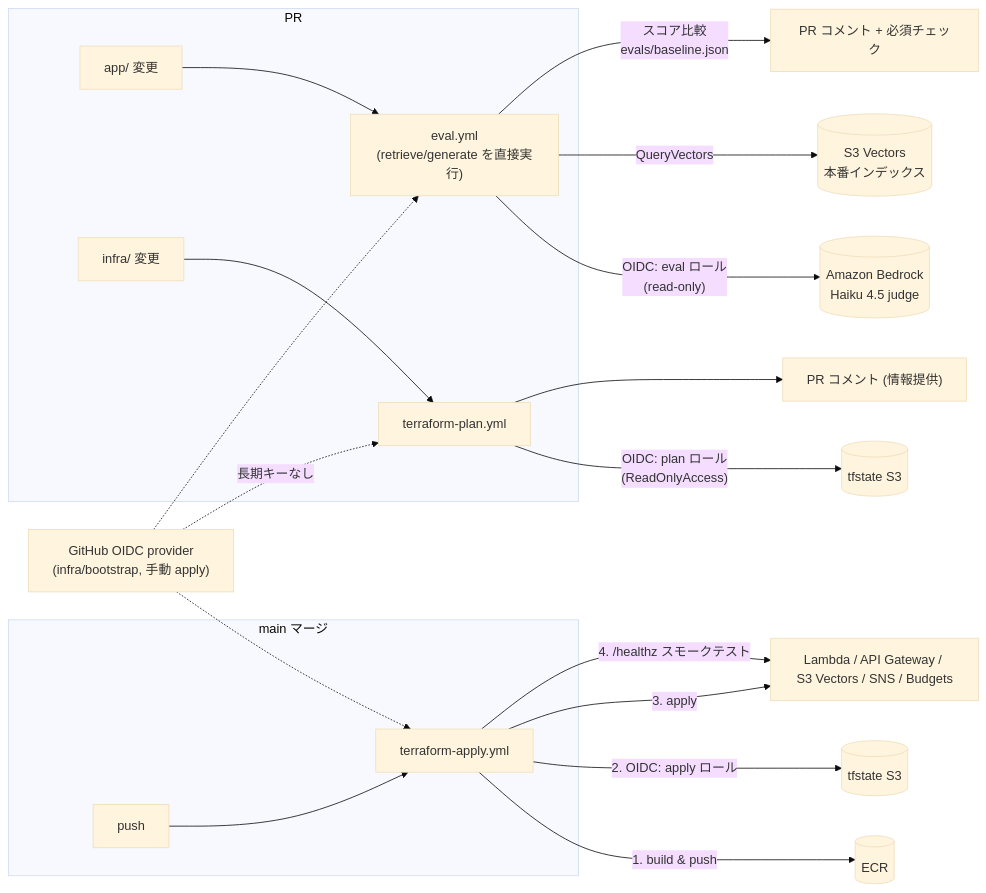
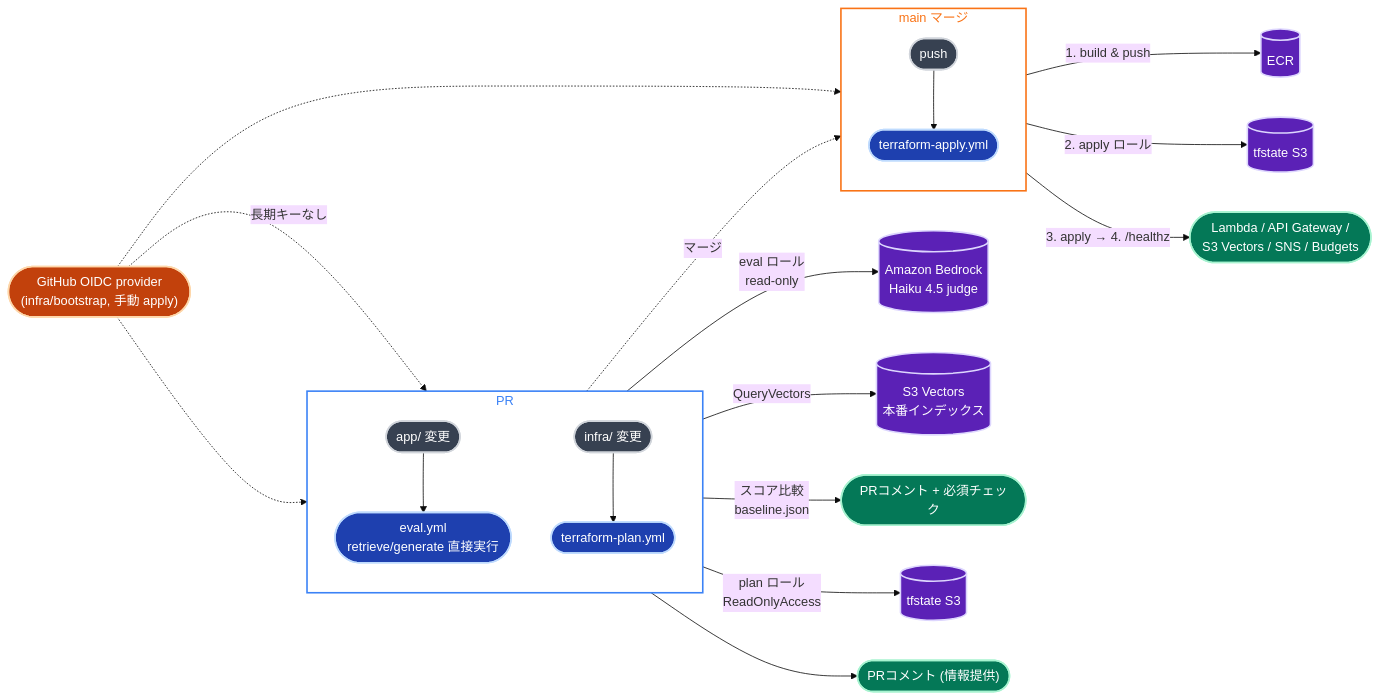
One commit to yasaims/LLMOps-RAG changed the third of 3 diagrams in docs/architecture.md. Above: the diagram before and after it, drawn with Mermaid (base theme). The commit also changed other lines of this file, not shown here.

Commit message:
Fix arch diagrams; rewrote with skill

````diff
--- a/docs/architecture.md
+++ b/docs/architecture.md
@@ -54,26 +86,40 @@
 ```mermaid
 flowchart LR
+    classDef trigger fill:#374151,stroke:#d1d5db,stroke-width:2px,color:#fff
+    classDef workflow fill:#1e40af,stroke:#bfdbfe,stroke-width:2px,color:#fff
+    classDef aws fill:#5b21b6,stroke:#ddd6fe,stroke-width:2px,color:#fff
+    classDef output fill:#047857,stroke:#a7f3d0,stroke-width:2px,color:#fff
+    classDef auth fill:#c2410c,stroke:#fed7aa,stroke-width:2px,color:#fff
+
     subgraph pr["PR"]
-        prcode["app/ 変更"] --> evalw["eval.yml\n(retrieve/generate を直接実行)"]
-        prinfra["infra/ 変更"] --> planw["terraform-plan.yml"]
+        direction TB
+        prcode(["app/ 変更"]):::trigger --> evalw(["eval.yml<br/>retrieve/generate 直接実行"]):::workflow
+        prinfra(["infra/ 変更"]):::trigger --> planw(["terraform-plan.yml"]):::workflow
     end
 
-    evalw -->|"OIDC: eval ロール\n(read-only)"| bedrockE[("Amazon Bedrock\nHaiku 4.5 judge")]
-    evalw -->|"QueryVectors"| s3vE[("S3 Vectors\n本番インデックス")]
-    evalw -->|"スコア比較\nevals/baseline.json"| ghcomment1["PR コメント + 必須チェック"]
-
-    planw -->|"OIDC: plan ロール\n(ReadOnlyAccess)"| tfstate1[("tfstate S3")]
-    planw --> ghcomment2["PR コメント (情報提供)"]
+    pr -.->|"マージ"| main
 
     subgraph main["main マージ"]
-        push["push"] --> applyw["terraform-apply.yml"]
+        direction TB
+        push(["push"]):::trigger --> applyw(["terraform-apply.yml"]):::workflow
     end
-    applyw -->|"1. build & push"| ecr[("ECR")]
-    applyw -->|"2. OIDC: apply ロール"| tfstate2[("tfstate S3")]
-    applyw -->|"3. apply"| stack["Lambda / API Gateway / S3 Vectors / SNS / Budgets"]
-    applyw -->|"4. /healthz スモークテスト"| stack
 
-    oidc["GitHub OIDC provider\n(infra/bootstrap, 手動 apply)"] -.->|"長期キーなし"| planw
+    oidc(["GitHub OIDC provider<br/>(infra/bootstrap, 手動 apply)"]):::auth
+    oidc -.->|"長期キーなし"| evalw
+    oidc -.-> planw
     oidc -.-> applyw
-    oidc -.-> evalw
+
+    evalw -->|"eval ロール<br/>read-only"| bedrockE[("Amazon Bedrock<br/>Haiku 4.5 judge")]:::aws
+    evalw -->|"QueryVectors"| s3vE[("S3 Vectors<br/>本番インデックス")]:::aws
+    evalw -->|"スコア比較<br/>baseline.json"| ghc1(["PRコメント + 必須チェック"]):::output
+
+    planw -->|"plan ロール<br/>ReadOnlyAccess"| tfstate1[("tfstate S3")]:::aws
+    planw --> ghc2(["PRコメント (情報提供)"]):::output
+
+    applyw -->|"1. build & push"| ecr[("ECR")]:::aws
+    applyw -->|"2. apply ロール"| tfstate2[("tfstate S3")]:::aws
+    applyw -->|"3. apply → 4. /healthz"| stack(["Lambda / API Gateway /<br/>S3 Vectors / SNS / Budgets"]):::output
+
+    style pr fill:none,stroke:#3b82f6,stroke-width:2px,color:#3b82f6
+    style main fill:none,stroke:#f97316,stroke-width:2px,color:#f97316
 ```
````
